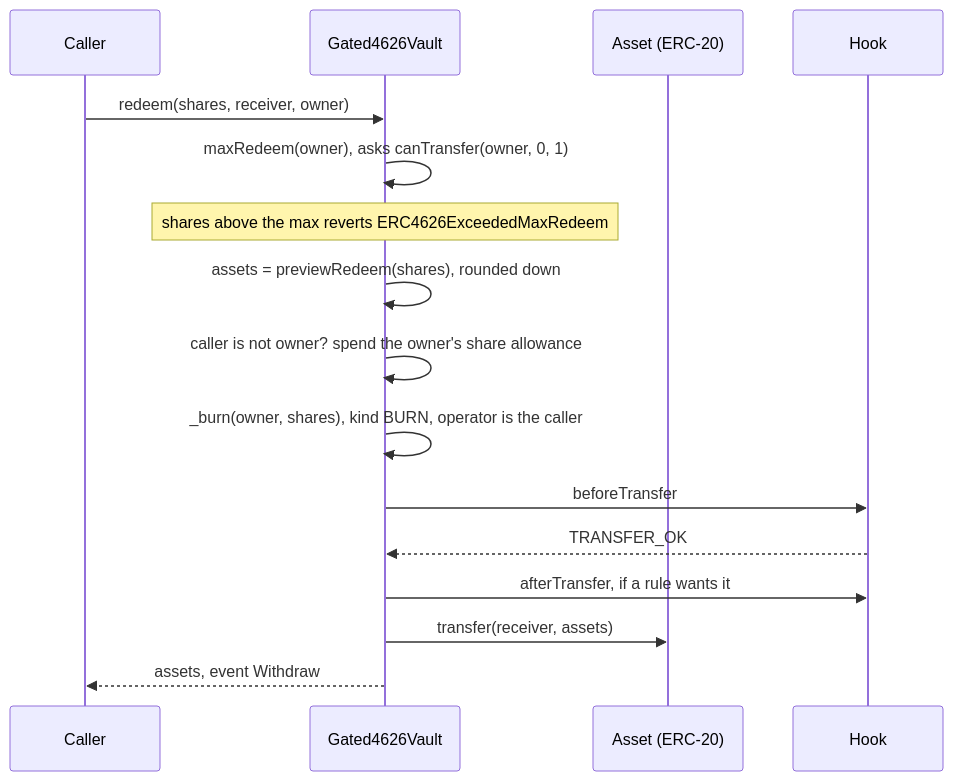
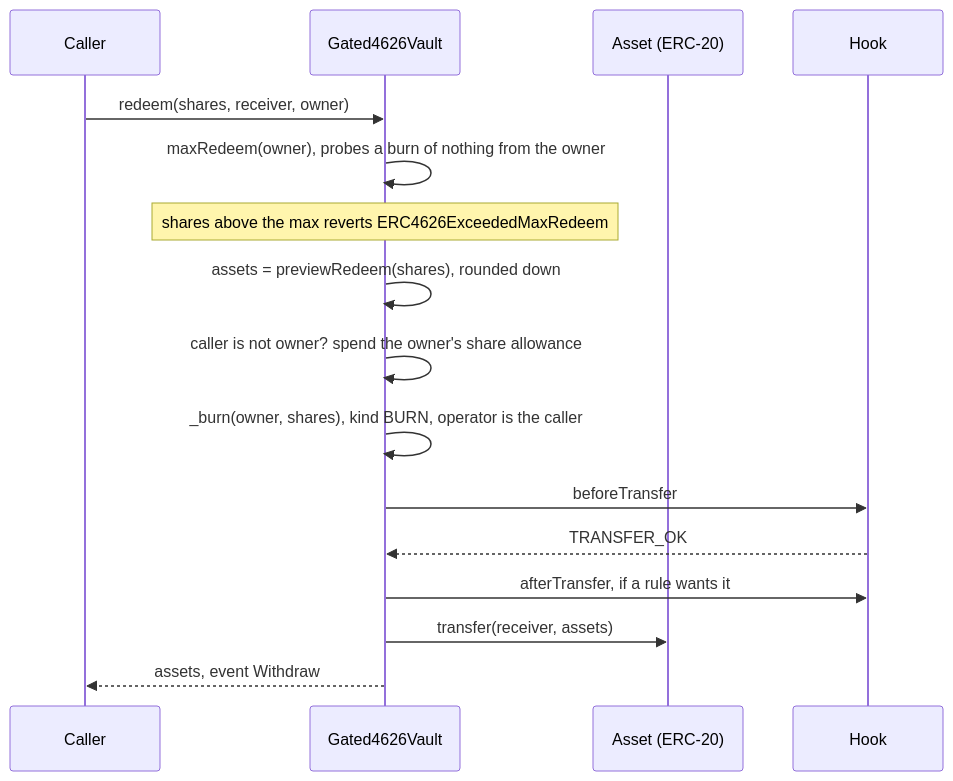
The second of 6 diagrams in docs/flows-vaults.md (fepvenancio/rwa-token), drawn with Mermaid before and after one commit. The commit also changed other lines of this file and 116 other files, not shown here.

````diff
--- a/docs/flows-vaults.md
+++ b/docs/flows-vaults.md
@@ -42,18 +42,18 @@
 ```mermaid
 sequenceDiagram
   participant U as Caller
   participant V as Gated4626Vault
   participant A as Asset (ERC-20)
   participant H as Hook
   U->>V: redeem(shares, receiver, owner)
-  V->>V: maxRedeem(owner), asks canTransfer(owner, 0, 1)
+  V->>V: maxRedeem(owner), probes a burn of nothing from the owner
   Note over V: shares above the max reverts ERC4626ExceededMaxRedeem
   V->>V: assets = previewRedeem(shares), rounded down
   V->>V: caller is not owner? spend the owner's share allowance
   V->>V: _burn(owner, shares), kind BURN, operator is the caller
   V->>H: beforeTransfer
   H-->>V: TRANSFER_OK
   V->>H: afterTransfer, if a rule wants it
   V->>A: transfer(receiver, assets)
   V-->>U: assets, event Withdraw
 ```
````
